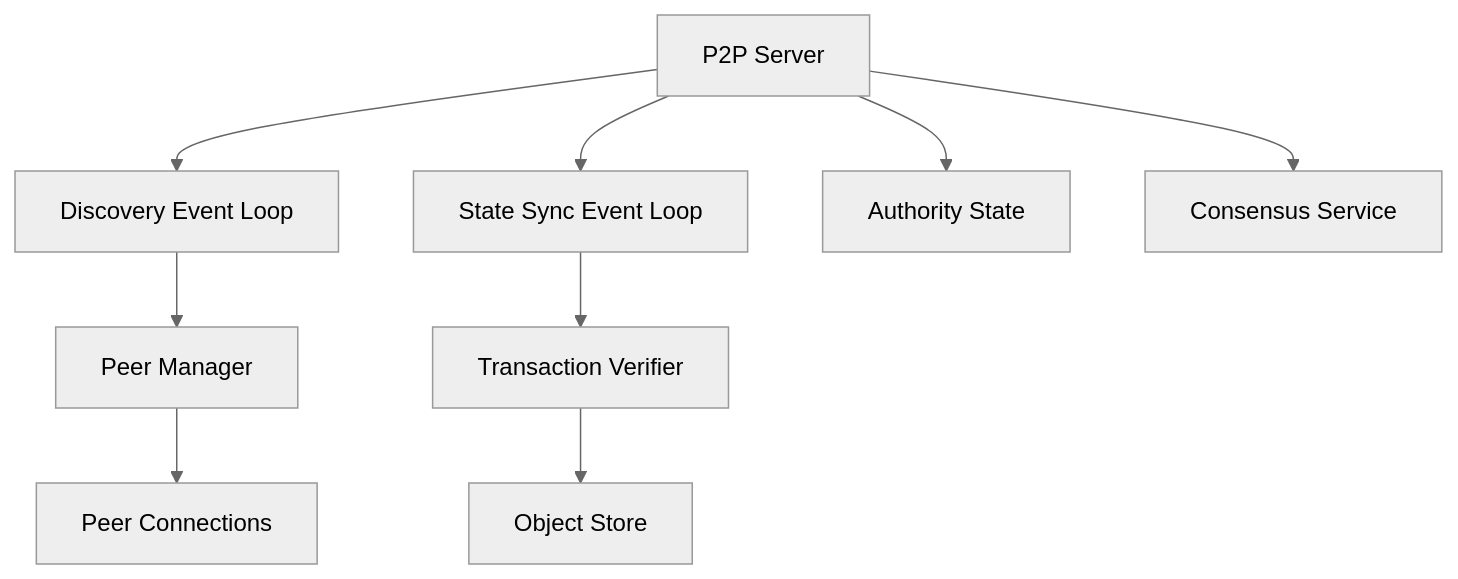
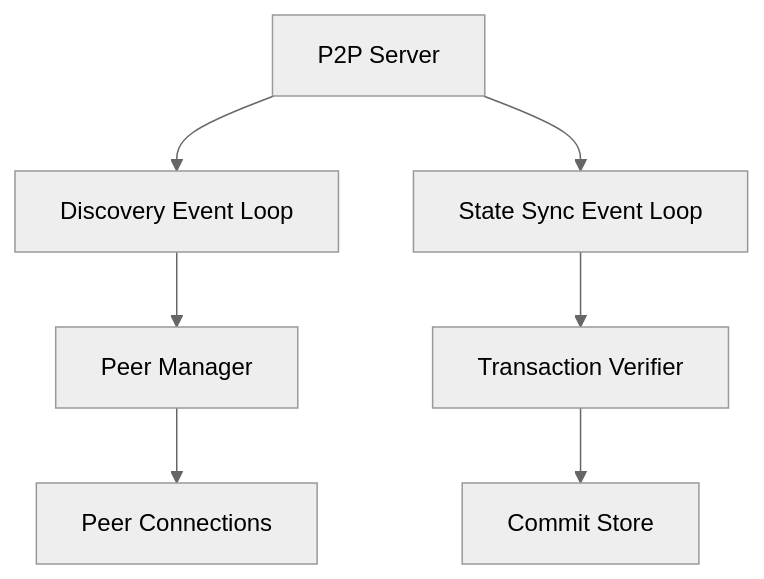
Before and after one commit to soma-org/soma: the diagram in memory-bank/modules/p2p.md, drawn with Mermaid (neutral theme). The commit also changed other lines of this file and 5 other files, not shown here.

First line of the commit message:
Update Consensus and P2P module documentation with refined architecture and workflows

````diff
--- a/memory-bank/modules/p2p.md
+++ b/memory-bank/modules/p2p.md
@@ -40,14 +40,11 @@
 ```mermaid
 flowchart TD
     P2PServer[P2P Server] --> Discovery[Discovery Event Loop]
     P2PServer --> StateSync[State Sync Event Loop]
     
     Discovery --> PeerMgr[Peer Manager]
     StateSync --> TxVerifier[Transaction Verifier]
     
-    P2PServer --> AuthState[Authority State]
-    P2PServer --> Consensus[Consensus Service]
-    
     PeerMgr --> PeerConn[Peer Connections]
-    TxVerifier --> ObjStore[Object Store]
+    TxVerifier --> CommStore[Commit Store]
 ```
````
